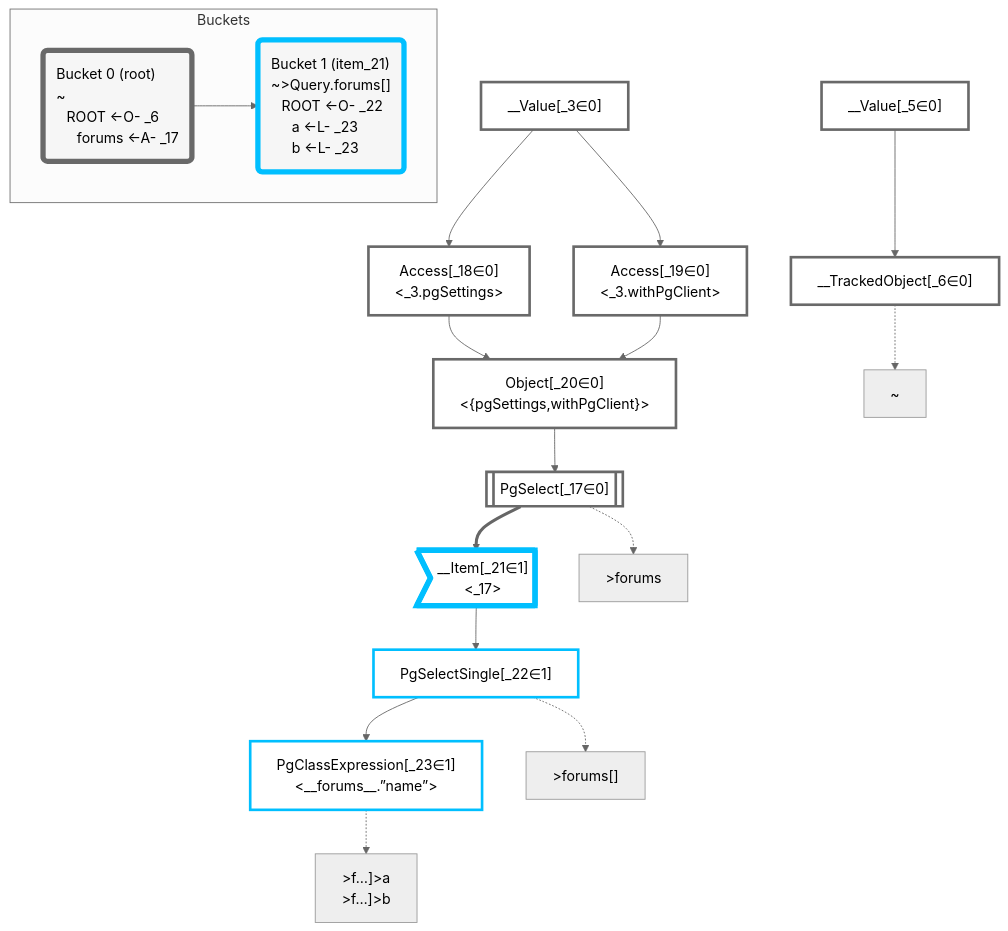
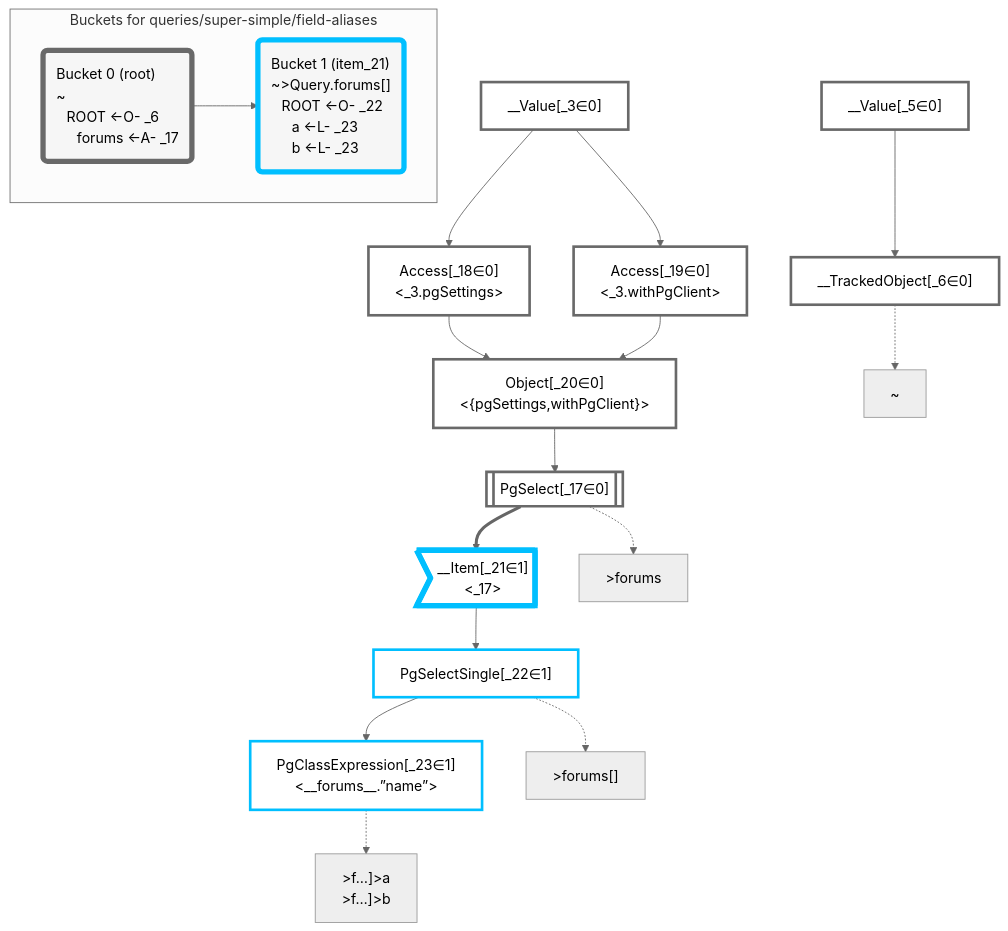
The diagram in packages/dataplan-pg/__tests__/queries/super-simple/field-aliases.deopt.mermaid.md (graphile/crystal), drawn with Mermaid (neutral theme) before and after one commit. The commit also changed 195 other files, not shown here.

````diff
--- a/packages/dataplan-pg/__tests__/queries/super-simple/field-aliases.deopt.mermaid.md
+++ b/packages/dataplan-pg/__tests__/queries/super-simple/field-aliases.deopt.mermaid.md
@@ -1,56 +1,56 @@
 ```mermaid
 graph TD
     classDef path fill:#eee,stroke:#000,color:#000
     classDef plan fill:#fff,stroke-width:3px,color:#000
     classDef itemplan fill:#fff,stroke-width:6px,color:#000
     classDef sideeffectplan fill:#f00,stroke-width:6px,color:#000
     classDef bucket fill:#f6f6f6,color:#000,stroke-width:6px,text-align:left
 
 
     %% define plans
     __Value_3["__Value[_3∈0]<br /><context>"]:::plan
     __Value_5["__Value[_5∈0]<br /><rootValue>"]:::plan
     __TrackedObject_6["__TrackedObject[_6∈0]"]:::plan
     PgSelect_17[["PgSelect[_17∈0]<br /><forums>"]]:::plan
     Access_18["Access[_18∈0]<br /><_3.pgSettings>"]:::plan
     Access_19["Access[_19∈0]<br /><_3.withPgClient>"]:::plan
     Object_20["Object[_20∈0]<br /><{pgSettings,withPgClient}>"]:::plan
     __Item_21>"__Item[_21∈1]<br /><_17>"]:::itemplan
     PgSelectSingle_22["PgSelectSingle[_22∈1]<br /><forums>"]:::plan
     PgClassExpression_23["PgClassExpression[_23∈1]<br /><__forums__.”name”>"]:::plan
 
     %% plan dependencies
     __Value_5 --> __TrackedObject_6
     Object_20 --> PgSelect_17
     __Value_3 --> Access_18
     __Value_3 --> Access_19
     Access_18 --> Object_20
     Access_19 --> Object_20
     PgSelect_17 ==> __Item_21
     __Item_21 --> PgSelectSingle_22
     PgSelectSingle_22 --> PgClassExpression_23
 
     %% plan-to-path relationships
     P_6["~"]
     __TrackedObject_6 -.-> P_6
     P_17[">forums"]
     PgSelect_17 -.-> P_17
     P_22[">forums[]"]
     PgSelectSingle_22 -.-> P_22
     P_23[">f…]>a<br />>f…]>b"]
     PgClassExpression_23 -.-> P_23
 
     %% allocate buckets
     classDef bucket0 stroke:#696969
     class __Value_3,__Value_5,__TrackedObject_6,PgSelect_17,Access_18,Access_19,Object_20 bucket0
     classDef bucket1 stroke:#00bfff
     class __Item_21,PgSelectSingle_22,PgClassExpression_23 bucket1
 
-    subgraph Buckets
+    subgraph "Buckets for queries/super-simple/field-aliases"
     Bucket0("Bucket 0 (root)<br />~<br />⠀ROOT <-O- _6<br />⠀⠀forums <-A- _17"):::bucket
     style Bucket0 stroke:#696969
     Bucket1("Bucket 1 (item_21)<br />~>Query.forums[]<br />⠀ROOT <-O- _22<br />⠀⠀a <-L- _23<br />⠀⠀b <-L- _23"):::bucket
     style Bucket1 stroke:#00bfff
     Bucket0 --> Bucket1
     end
 ```
````
